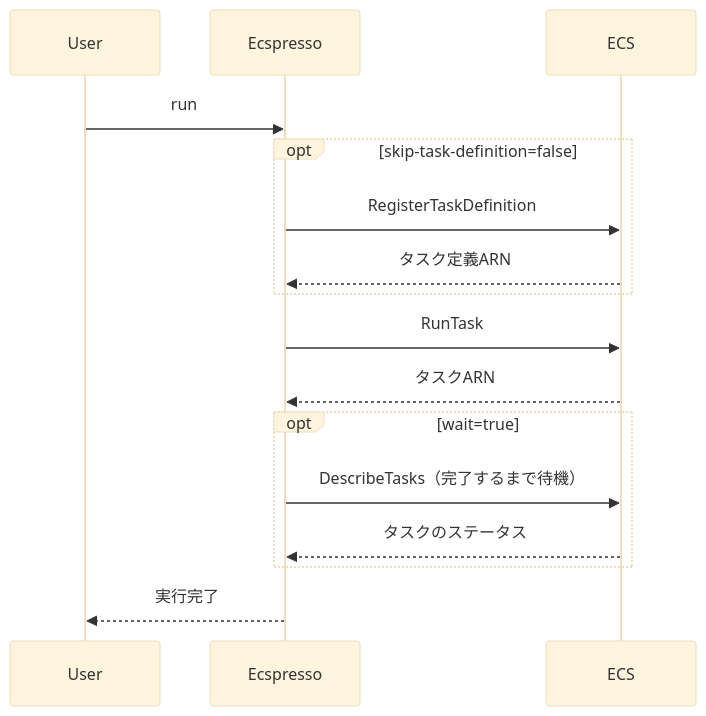
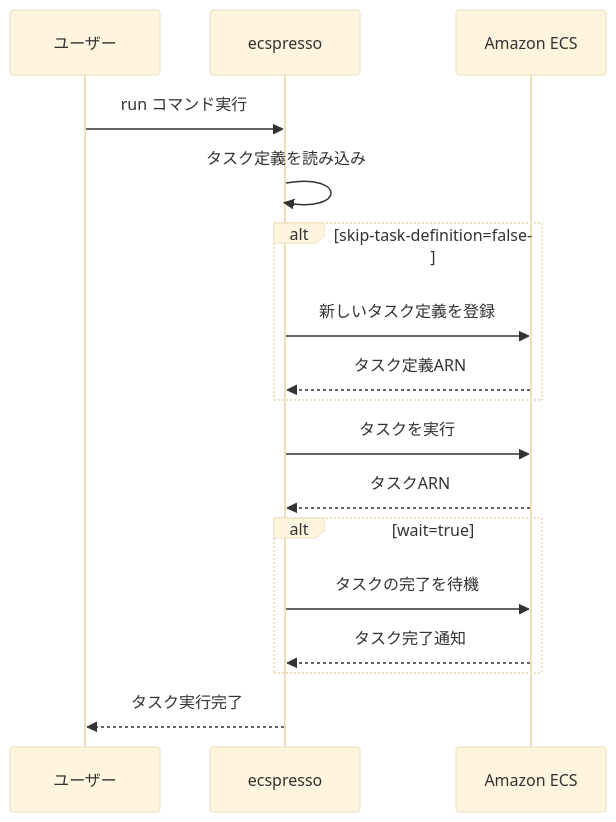
One commit to bufferings/devin-docs changed the diagram in ecspresso/commands/run.md. Above: the diagram before and after it, drawn with Mermaid (base theme). The commit also changed other lines of this file and 31 other files, not shown here.

````diff
--- a/ecspresso/commands/run.md
+++ b/ecspresso/commands/run.md
@@ -78,19 +73,24 @@
 ```mermaid
 sequenceDiagram
-    participant User
-    participant Ecspresso
-    participant ECS
+    participant User as ユーザー
+    participant Ecspresso as ecspresso
+    participant ECS as Amazon ECS
     
-    User->>Ecspresso: run
-    opt skip-task-definition=false
-        Ecspresso->>ECS: RegisterTaskDefinition
+    User->>Ecspresso: run コマンド実行
+    Ecspresso->>Ecspresso: タスク定義を読み込み
+    
+    alt skip-task-definition=false
+        Ecspresso->>ECS: 新しいタスク定義を登録
         ECS-->>Ecspresso: タスク定義ARN
     end
-    Ecspresso->>ECS: RunTask
+    
+    Ecspresso->>ECS: タスクを実行
     ECS-->>Ecspresso: タスクARN
-    opt wait=true
-        Ecspresso->>ECS: DescribeTasks（完了するまで待機）
-        ECS-->>Ecspresso: タスクのステータス
+    
+    alt wait=true
+        Ecspresso->>ECS: タスクの完了を待機
+        ECS-->>Ecspresso: タスク完了通知
     end
-    Ecspresso-->>User: 実行完了
+    
+    Ecspresso-->>User: タスク実行完了
 ```
````
